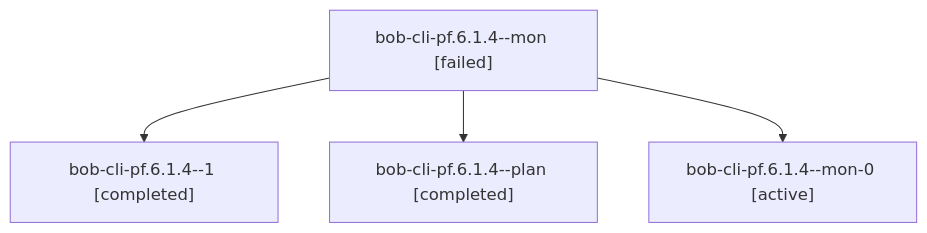
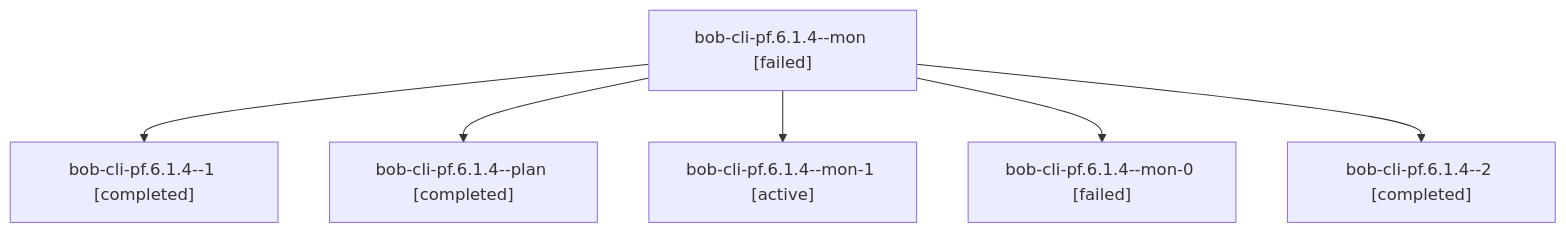
Before and after one commit to bobs-org/bob-cli--agents: the diagram in sessions/bbugyi200.apollo.bob-cli-pf.6.1.4.md, drawn with Mermaid. The commit also changed other lines of this file and 165 other files, not shown here.

````diff
--- a/sessions/bbugyi200.apollo.bob-cli-pf.6.1.4.md
+++ b/sessions/bbugyi200.apollo.bob-cli-pf.6.1.4.md
@@ -9,10 +9,14 @@
 ```mermaid
 flowchart TD
   n0["bob-cli-pf.6.1.4--mon [failed]"]
   n1["bob-cli-pf.6.1.4--1 [completed]"]
   n0 --> n1
   n2["bob-cli-pf.6.1.4--plan [completed]"]
   n0 --> n2
-  n3["bob-cli-pf.6.1.4--mon-0 [active]"]
+  n3["bob-cli-pf.6.1.4--mon-1 [active]"]
   n0 --> n3
+  n4["bob-cli-pf.6.1.4--mon-0 [failed]"]
+  n0 --> n4
+  n5["bob-cli-pf.6.1.4--2 [completed]"]
+  n0 --> n5
 ```
````
